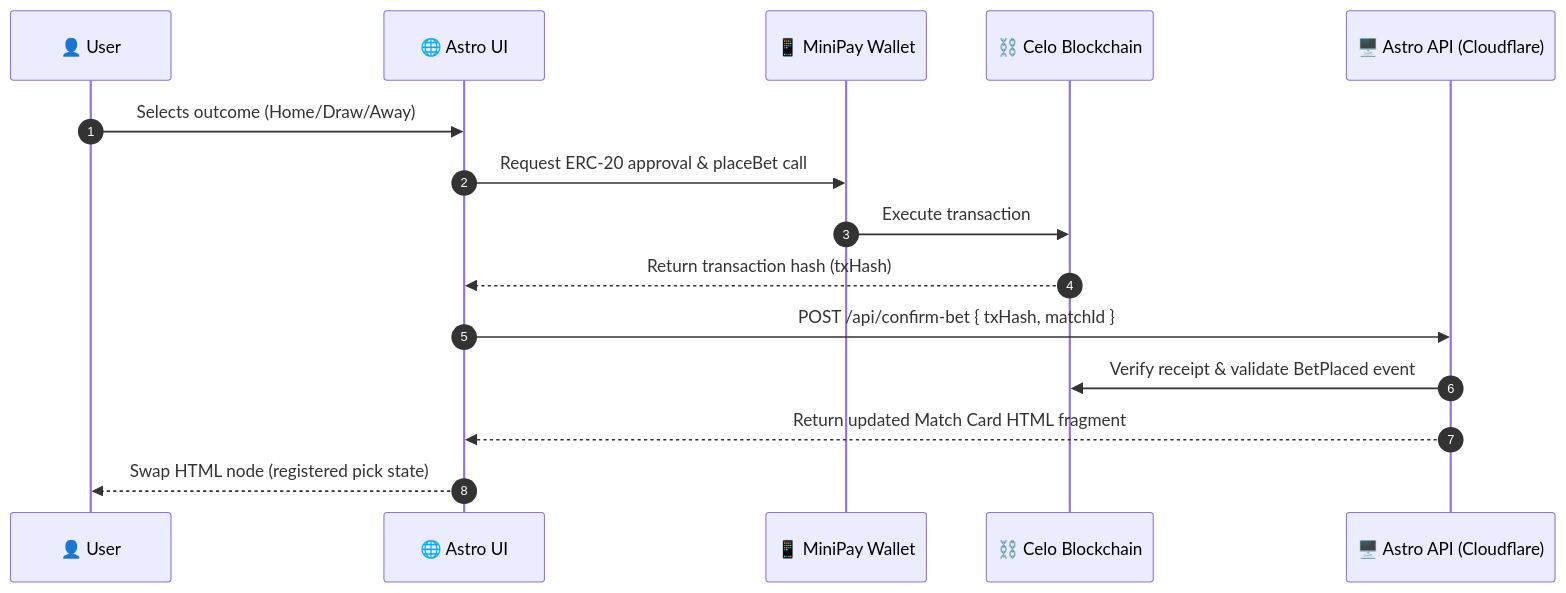
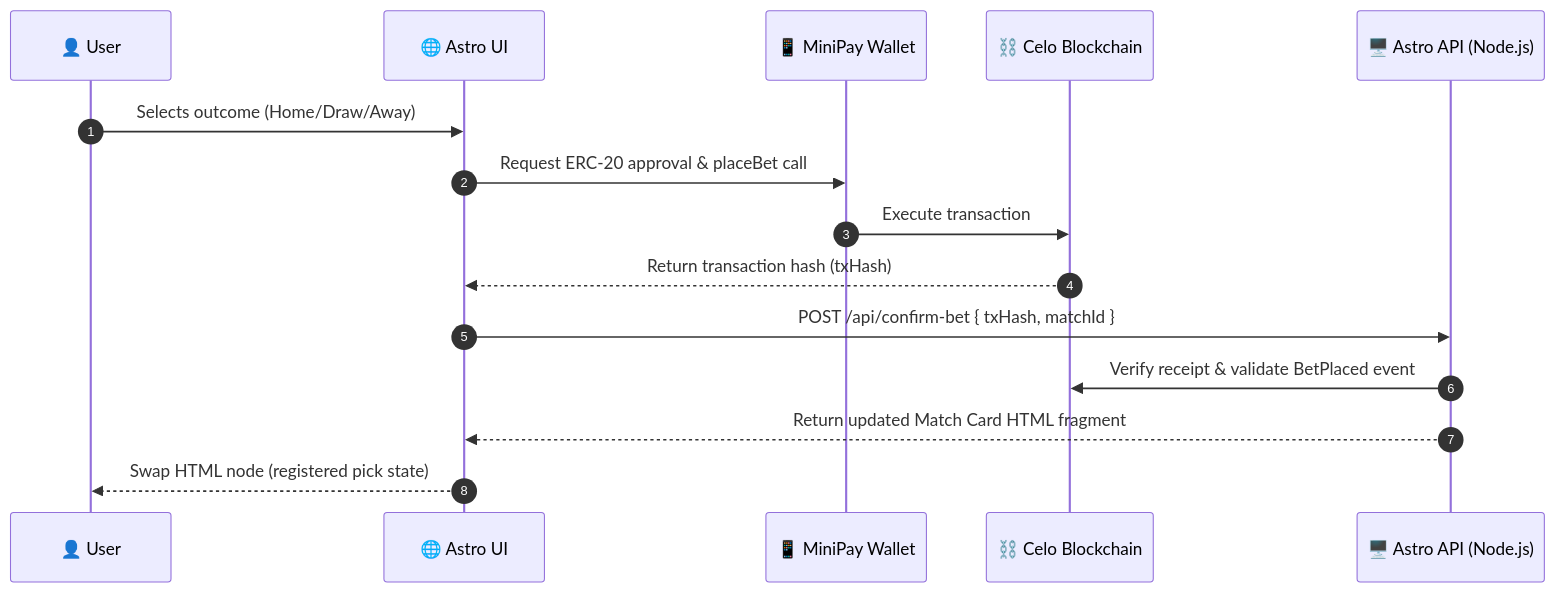
Before and after one commit to JPClow3/Project-Ball: the diagram in docs/02-architecture.md, drawn with Mermaid. The commit also changed other lines of this file and 57 other files, not shown here.

````diff
--- a/docs/02-architecture.md
+++ b/docs/02-architecture.md
@@ -11,18 +11,18 @@
 ```mermaid
 sequenceDiagram
   autonumber
   participant User as 👤 User
   participant Web as 🌐 Astro UI
   participant Wallet as 📱 MiniPay Wallet
   participant Chain as ⛓️ Celo Blockchain
-  participant API as 🖥️ Astro API (Cloudflare)
+  participant API as 🖥️ Astro API (Node.js)
 
   User->>Web: Selects outcome (Home/Draw/Away)
   Web->>Wallet: Request ERC-20 approval & placeBet call
   Wallet->>Chain: Execute transaction
   Chain-->>Web: Return transaction hash (txHash)
   Web->>API: POST /api/confirm-bet { txHash, matchId }
   API->>Chain: Verify receipt & validate BetPlaced event
   API-->>Web: Return updated Match Card HTML fragment
   Web-->>User: Swap HTML node (registered pick state)
 ```
````
